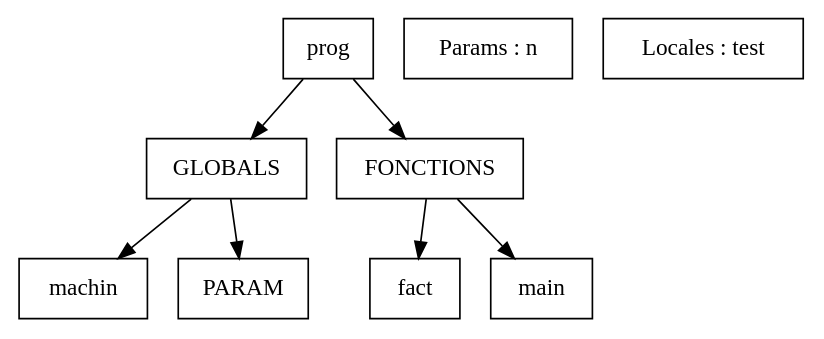
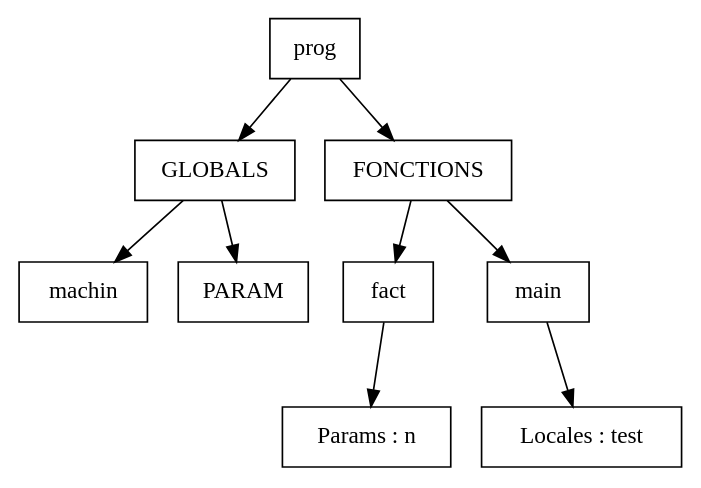
The diagram in ArbreSyntaxeAbstr.dot (PhamAlexT/Compilateur-MiniC), drawn with Graphviz before and after one commit. The commit also changed 3 other files, not shown here.

```diff
--- a/ArbreSyntaxeAbstr.dot
+++ b/ArbreSyntaxeAbstr.dot
@@ -1,19 +1,21 @@
 digraph G {
     node [shape=box];
     ratio = fill;
     nt0 [ label="prog" ]; 
 nt0 -> nt1 [ label="" ];
 nt1 [label= " GLOBALS "];
 nt2 [label=" machin "]
  nt1 -> nt2 [ label="" ];
 nt3 [label=" PARAM "]
  nt1 -> nt3 [ label="" ];
 nt0 -> nt4  [ label="" ];
 nt4 [label="FONCTIONS "];
 nt4 ->nt5 [ label="" ];
 nt5 [label= " fact "];
 nt6 [label= " Params : n "];
+nt5 -> nt6 [ label = " " ];
 nt4 ->nt10 [ label="" ];
 nt10 [label= " main "];
 nt11 [label= " Locales : test "];
+nt10 -> nt11 [ label = " " ];
 }
```
